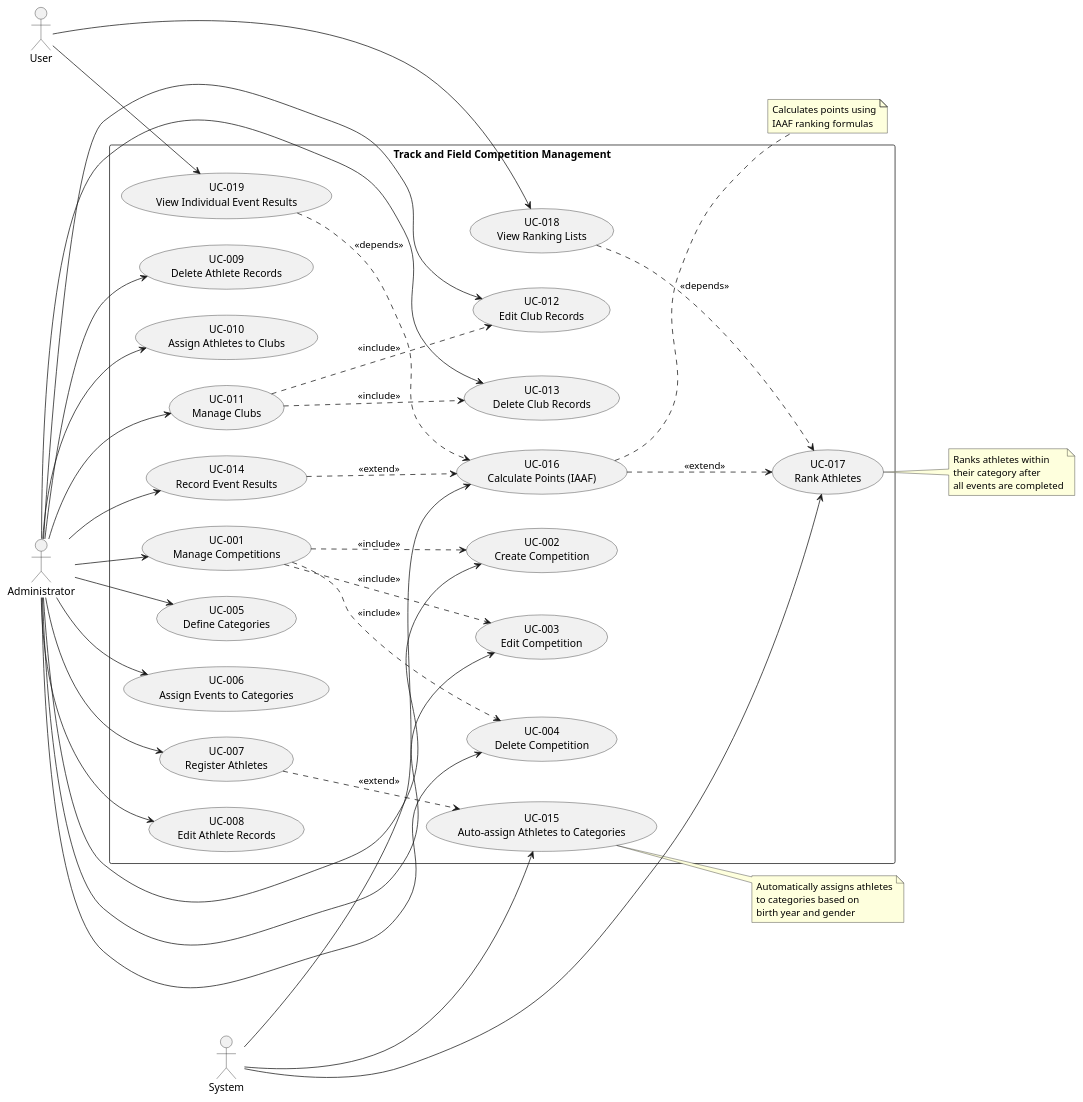
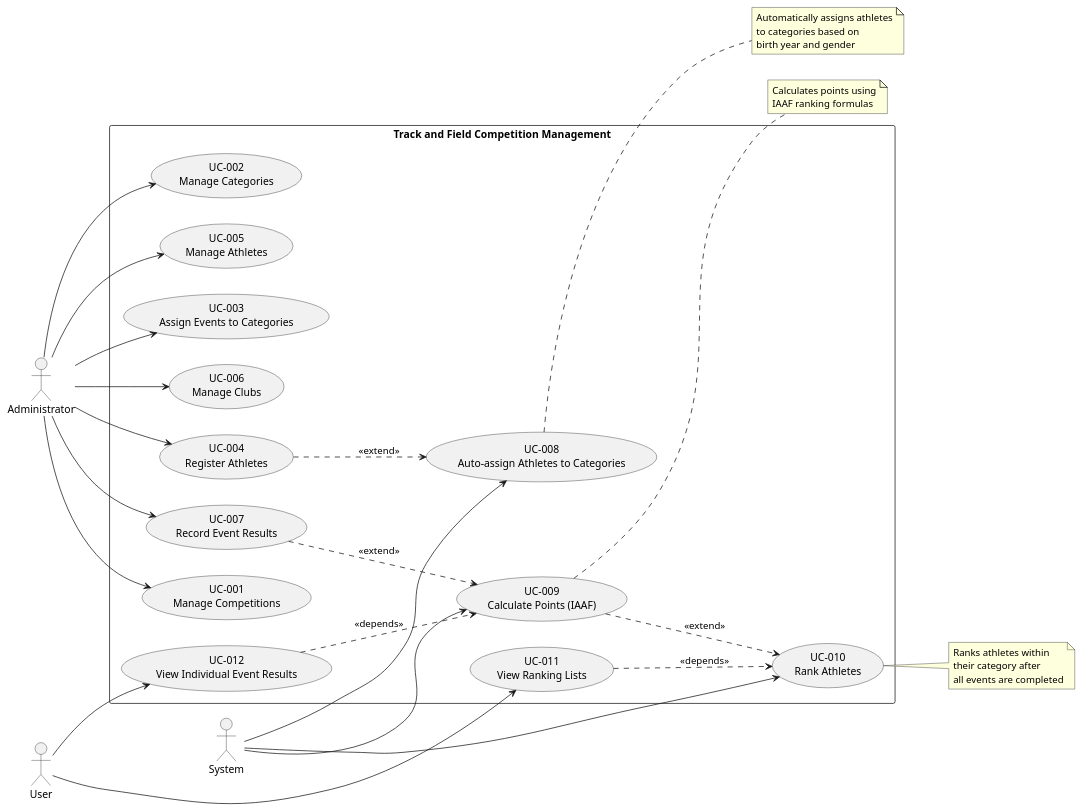
The diagram in docs/use_cases.puml (simasch/ai-track-and-field), drawn with PlantUML before and after one commit.

Commit message:
Update use_cases.puml to revise and renumber application use cases

```diff
--- a/docs/use_cases.puml
+++ b/docs/use_cases.puml
@@ -1,107 +1,85 @@
 @startuml Use Cases - Track and Field Competition Management
 
 left to right direction
 
 ' Actors
 actor "Administrator" as Admin
 actor "User" as User
 actor "System" as System
 
 ' Use Cases for Administrator
 rectangle "Track and Field Competition Management" {
 
   ' Competition Management
   usecase "UC-001\nManage Competitions" as UC001
-  usecase "UC-002\nCreate Competition" as UC002
-  usecase "UC-003\nEdit Competition" as UC003
-  usecase "UC-004\nDelete Competition" as UC004
 
   ' Category Management
-  usecase "UC-005\nDefine Categories" as UC005
-  usecase "UC-006\nAssign Events to Categories" as UC006
+  usecase "UC-002\nManage Categories" as UC002
+  usecase "UC-003\nAssign Events to Categories" as UC003
 
   ' Athlete Management
-  usecase "UC-007\nRegister Athletes" as UC007
-  usecase "UC-008\nEdit Athlete Records" as UC008
-  usecase "UC-009\nDelete Athlete Records" as UC009
-  usecase "UC-010\nAssign Athletes to Clubs" as UC010
+  usecase "UC-004\nRegister Athletes" as UC004
+  usecase "UC-005\nManage Athletes" as UC005
 
   ' Club Management
-  usecase "UC-011\nManage Clubs" as UC011
-  usecase "UC-012\nEdit Club Records" as UC012
-  usecase "UC-013\nDelete Club Records" as UC013
+  usecase "UC-006\nManage Clubs" as UC006
 
   ' Result Recording
-  usecase "UC-014\nRecord Event Results" as UC014
+  usecase "UC-007\nRecord Event Results" as UC007
 
   ' System Use Cases
-  usecase "UC-015\nAuto-assign Athletes to Categories" as UC015
-  usecase "UC-016\nCalculate Points (IAAF)" as UC016
-  usecase "UC-017\nRank Athletes" as UC017
+  usecase "UC-008\nAuto-assign Athletes to Categories" as UC008
+  usecase "UC-009\nCalculate Points (IAAF)" as UC009
+  usecase "UC-010\nRank Athletes" as UC010
 
   ' Viewing Use Cases
-  usecase "UC-018\nView Ranking Lists" as UC018
-  usecase "UC-019\nView Individual Event Results" as UC019
+  usecase "UC-011\nView Ranking Lists" as UC011
+  usecase "UC-012\nView Individual Event Results" as UC012
 
 }
 
 ' Administrator relationships
 Admin --> UC001
 Admin --> UC002
 Admin --> UC003
 Admin --> UC004
 Admin --> UC005
 Admin --> UC006
 Admin --> UC007
-Admin --> UC008
-Admin --> UC009
-Admin --> UC010
-Admin --> UC011
-Admin --> UC012
-Admin --> UC013
-Admin --> UC014
 
 ' User relationships
-User --> UC018
-User --> UC019
+User --> UC011
+User --> UC012
 
 ' System relationships
-System --> UC015
-System --> UC016
-System --> UC017
-
-' Include relationships
-UC001 ..> UC002 : <<include>>
-UC001 ..> UC003 : <<include>>
-UC001 ..> UC004 : <<include>>
-
-UC011 ..> UC012 : <<include>>
-UC011 ..> UC013 : <<include>>
+System --> UC008
+System --> UC009
+System --> UC010
 
 ' Extend relationships
-UC007 ..> UC015 : <<extend>>
-UC014 ..> UC016 : <<extend>>
-UC016 ..> UC017 : <<extend>>
+UC004 ..> UC008 : <<extend>>
+UC007 ..> UC009 : <<extend>>
+UC009 ..> UC010 : <<extend>>
 
 ' Dependencies
-UC018 ..> UC017 : <<depends>>
-UC019 ..> UC016 : <<depends>>
+UC011 ..> UC010 : <<depends>>
+UC012 ..> UC009 : <<depends>>
 
-note right of UC015
+note right of UC008
   Automatically assigns athletes
   to categories based on
   birth year and gender
 end note
 
-note right of UC016
+note right of UC009
   Calculates points using
   IAAF ranking formulas
 end note
 
-note right of UC017
+note right of UC010
   Ranks athletes within
   their category after
   all events are completed
 end note
 
 @enduml
```
